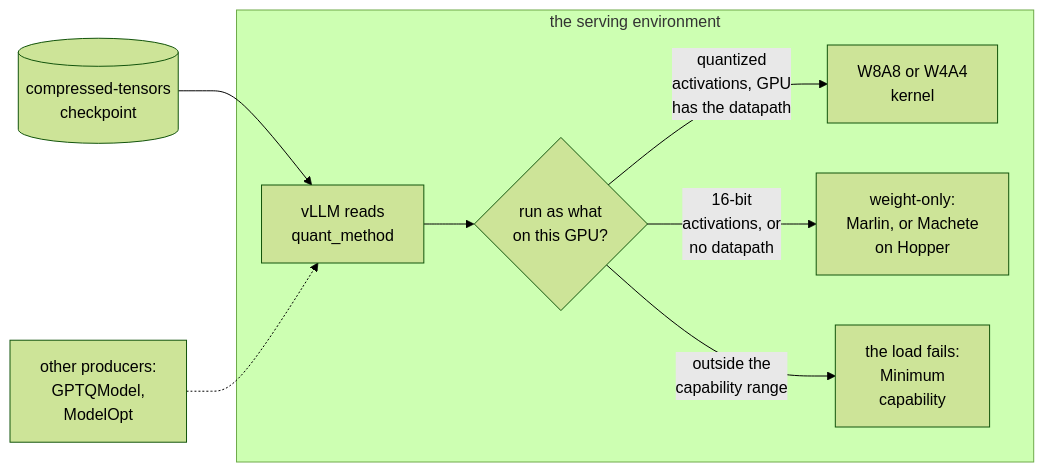
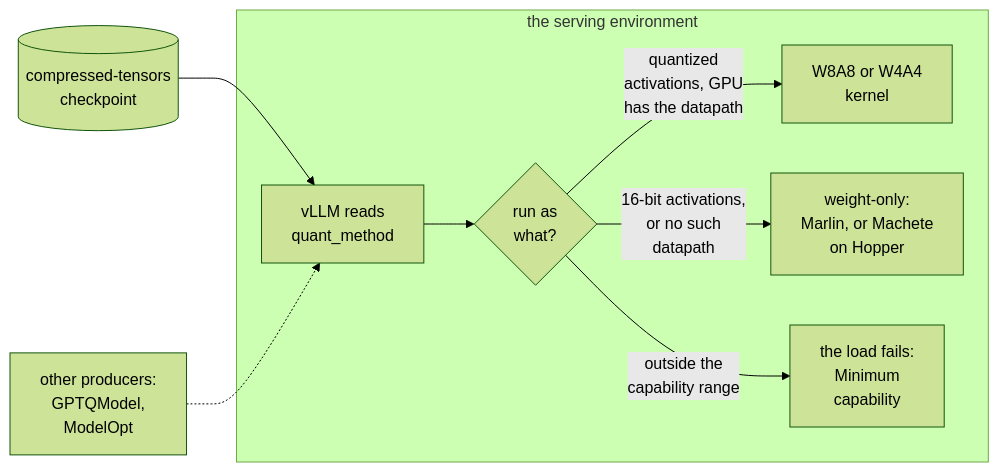
The second of 3 diagrams in 04-inference-engine/quantization/PRIMER.md (aniryou/full-stack-agentic-engineer), drawn with Mermaid (forest theme) before and after one commit. The commit also changed other lines of this file and 38 other files, not shown here.

First line of the commit message:
WIP snapshot: the figure round (charts, improvements, additions) in progress (2026-10-30T18:02:33Z); not validated [skip ci]

````diff
--- a/04-inference-engine/quantization/PRIMER.md
+++ b/04-inference-engine/quantization/PRIMER.md
@@ -803,11 +803,11 @@
 ```mermaid
 flowchart LR
   K[("compressed-tensors<br/>checkpoint")] --> V
   P["other producers:<br/>GPTQModel,<br/>ModelOpt"] -.-> V
   subgraph S["the serving environment"]
-    V["vLLM reads<br/>quant_method"] --> G{"run as what<br/>on this GPU?"}
+    V["vLLM reads<br/>quant_method"] --> G{"run as<br/>what?"}
     G -->|"quantized<br/>activations, GPU<br/>has the datapath"| N["W8A8 or W4A4<br/>kernel"]
-    G -->|"16-bit<br/>activations, or<br/>no datapath"| W["weight-only:<br/>Marlin, or Machete<br/>on Hopper"]
+    G -->|"16-bit activations,<br/>or no such<br/>datapath"| W["weight-only:<br/>Marlin, or Machete<br/>on Hopper"]
     G -->|"outside the<br/>capability range"| E["the load fails:<br/>Minimum<br/>capability"]
   end
 ```
````
